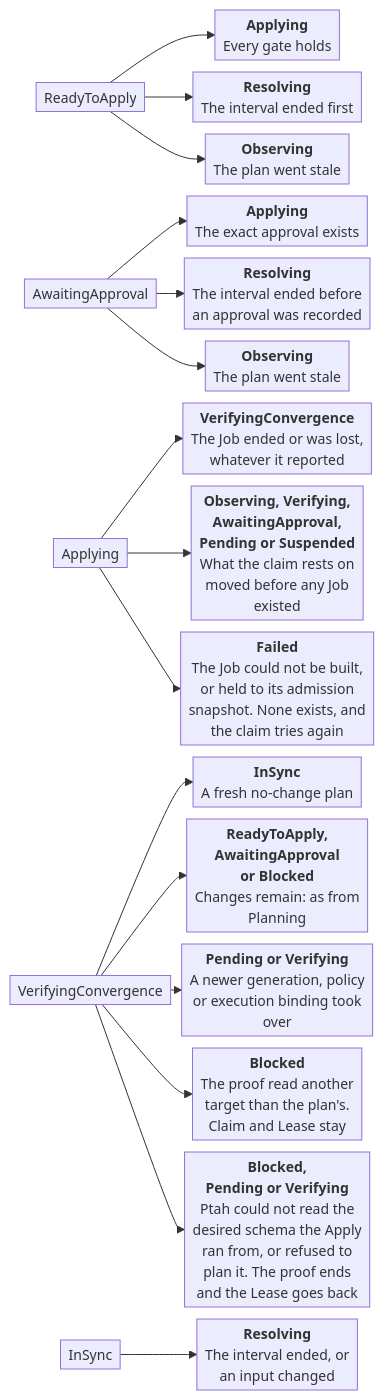
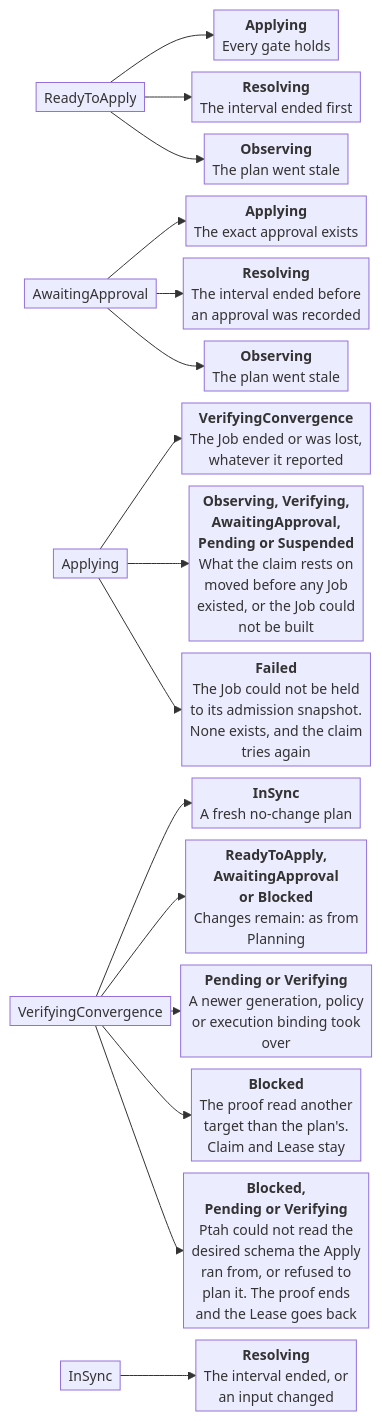
One commit to stokaro/ptah-operator changed the fourth of 8 diagrams in docs/site/src/content/docs/reference/reconciliation.md. Above: the diagram before and after it, drawn with Mermaid. The commit also changed other lines of this file and 2 other files, not shown here.

````diff
--- a/docs/site/src/content/docs/reference/reconciliation.md
+++ b/docs/site/src/content/docs/reference/reconciliation.md
@@ -262,38 +267,38 @@
 ```mermaid
 ---
 config:
   look: classic
   themeVariables:
     fontSize: 14px
   flowchart:
     wrappingWidth: 260
     nodeSpacing: 12
     rankSpacing: 10
     padding: 4
     diagramPadding: 6
 ---
 flowchart LR
   %% status.phase
   accTitle: A schema's phases from a plan to the proof
   accDescr: ReadyToApply and AwaitingApproval lead to Applying, and every Apply Job that ended leads to VerifyingConvergence, which leads to InSync or back to a plan's verdict. Each box on the right names the next phase and what moves the resource there.
   ready["ReadyToApply"]
   approval["AwaitingApproval"]
   applying["Applying"]
   proof["VerifyingConvergence"]
   insync["InSync"]
   ready --> readyApplies["<b>Applying</b><br/>Every gate holds"]
   ready --> readyRefreshes["<b>Resolving</b><br/>The interval ended first"]
   ready --> readyStale["<b>Observing</b><br/>The plan went stale"]
   approval --> approved["<b>Applying</b><br/>The exact approval exists"]
   approval --> approvalRefreshes["<b>Resolving</b><br/>The interval ended before<br/>an approval was recorded"]
   approval --> approvalStale["<b>Observing</b><br/>The plan went stale"]
   applying --> applyEnded["<b>VerifyingConvergence</b><br/>The Job ended or was lost,<br/>whatever it reported"]
-  applying --> applyWithdrawn["<b>Observing, Verifying,</b><br/><b>AwaitingApproval,</b><br/><b>Pending or Suspended</b><br/>What the claim rests on<br/>moved before any Job<br/>existed"]
-  applying --> applyUnbuilt["<b>Failed</b><br/>The Job could not be built,<br/>or held to its admission<br/>snapshot. None exists, and<br/>the claim tries again"]
+  applying --> applyWithdrawn["<b>Observing, Verifying,</b><br/><b>AwaitingApproval,</b><br/><b>Pending or Suspended</b><br/>What the claim rests on<br/>moved before any Job<br/>existed, or the Job could<br/>not be built"]
+  applying --> applyUnbuilt["<b>Failed</b><br/>The Job could not be held<br/>to its admission snapshot.<br/>None exists, and the claim<br/>tries again"]
   proof --> proved["<b>InSync</b><br/>A fresh no-change plan"]
   proof --> changesRemain["<b>ReadyToApply,</b><br/><b>AwaitingApproval</b><br/><b>or Blocked</b><br/>Changes remain: as from<br/>Planning"]
   proof --> superseded["<b>Pending or Verifying</b><br/>A newer generation, policy<br/>or execution binding took<br/>over"]
   proof --> targetMoved["<b>Blocked</b><br/>The proof read another<br/>target than the plan's.<br/>Claim and Lease stay"]
   proof --> proofUnreadable["<b>Blocked,</b><br/><b>Pending or Verifying</b><br/>Ptah could not read the<br/>desired schema the Apply<br/>ran from, or refused to<br/>plan it. The proof ends<br/>and the Lease goes back"]
   insync --> insyncReads["<b>Resolving</b><br/>The interval ended, or<br/>an input changed"]
 ```
````
